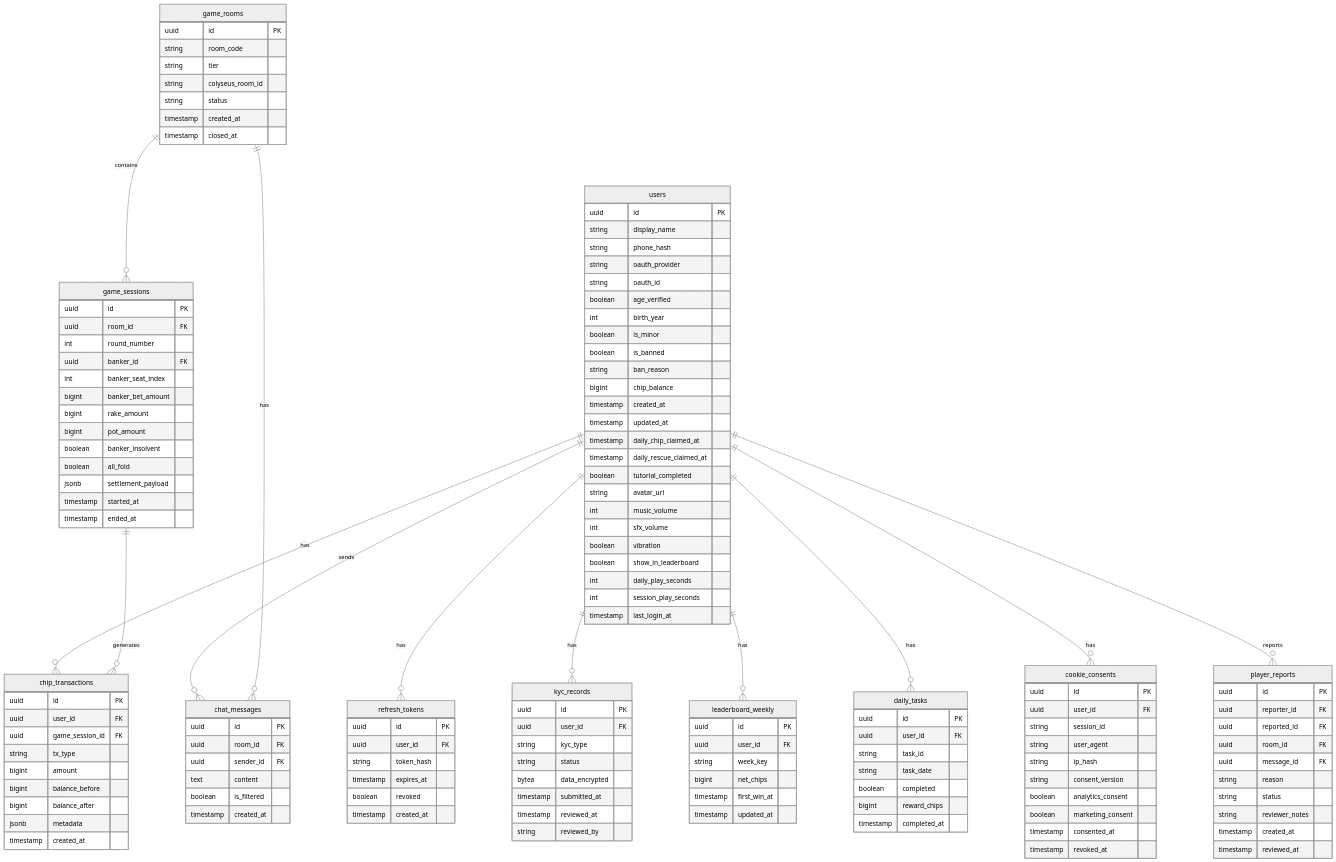
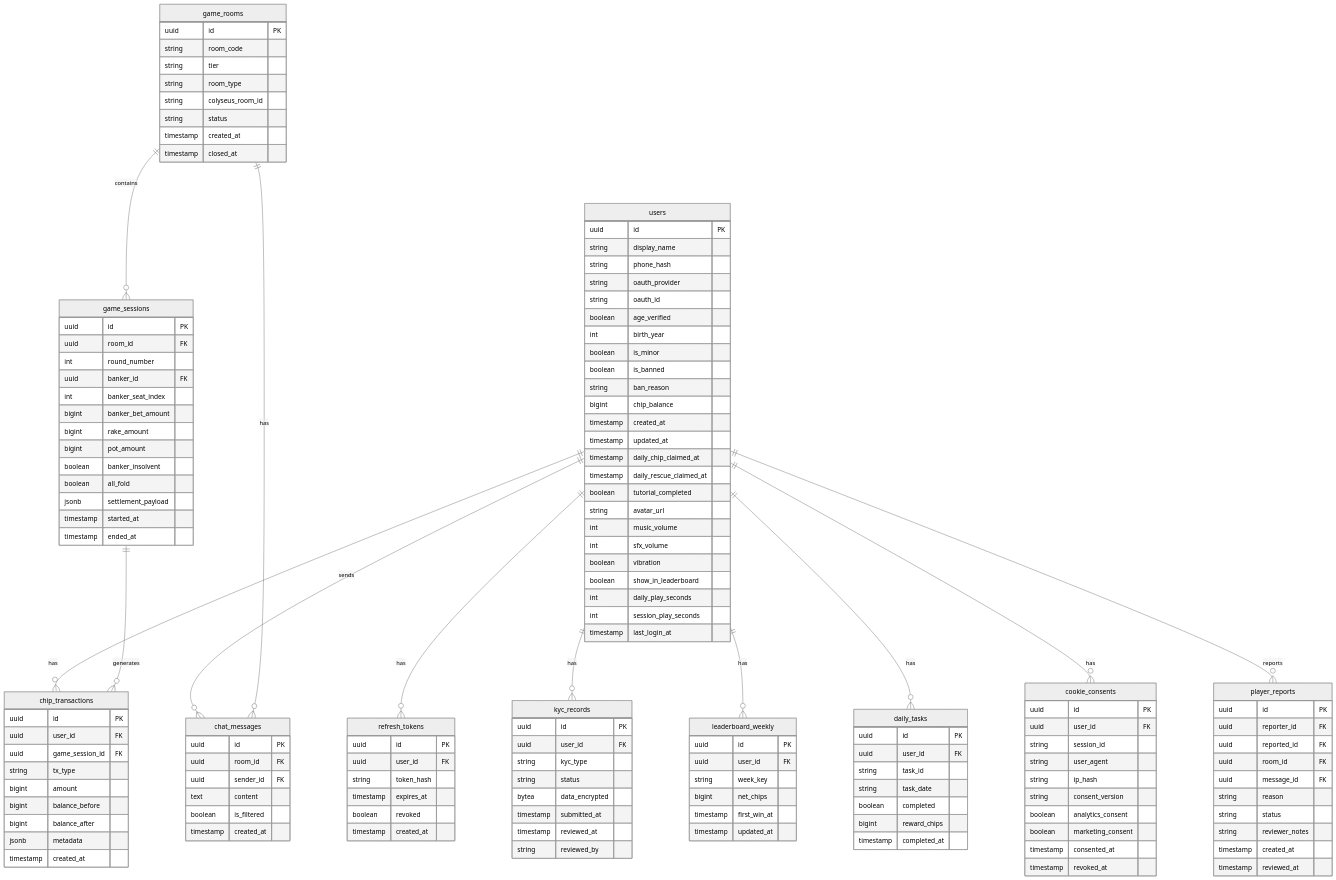
The fourth of 4 diagrams in docs/EDD.md (ibalasite/sam-gong-game), drawn with Mermaid (neutral theme) before and after one commit. The commit also changed other lines of this file, not shown here.

Commit message:
review(devsop)[STEP-08]: Round 10 fix — 2 findings resolved (document version v1.4-draft, erDiagram game_rooms room_type)

```diff
--- a/docs/EDD.md
+++ b/docs/EDD.md
@@ -1235,6 +1236,7 @@
         uuid id PK
         string room_code
         string tier
+        string room_type
         string colyseus_room_id
         string status
         timestamp created_at
```
